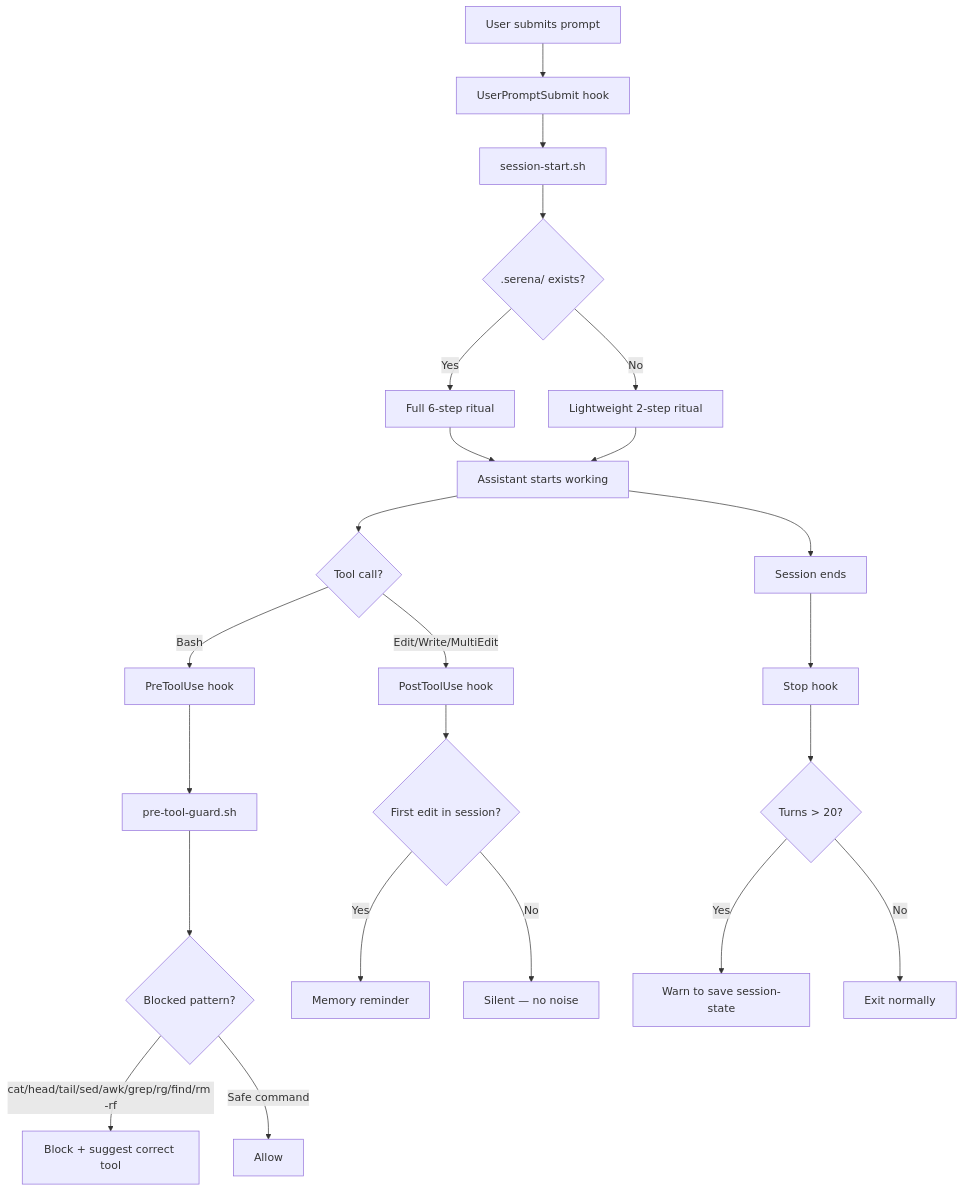
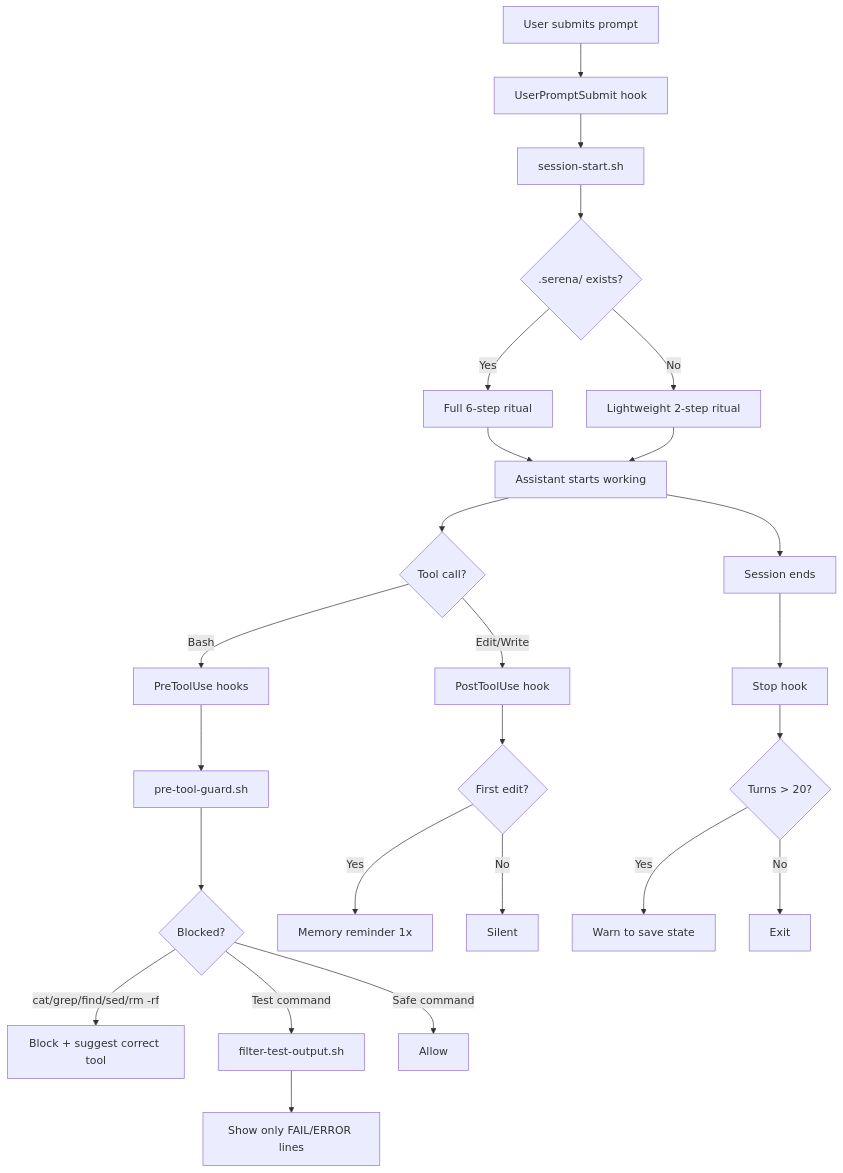
The diagram in README.md (faizalpribadi/claude-setup), drawn with Mermaid before and after one commit. The commit also changed other lines of this file and 10 other files, not shown here.

````diff
--- a/README.md
+++ b/README.md
@@ -33,31 +25,33 @@
 ```mermaid
 flowchart TD
     A[User submits prompt] --> B[UserPromptSubmit hook]
     B --> C[session-start.sh]
     C --> D{.serena/ exists?}
 
     D -->|Yes| E[Full 6-step ritual]
     D -->|No| F[Lightweight 2-step ritual]
 
     E --> G[Assistant starts working]
     F --> G
 
     G --> H{Tool call?}
 
-    H -->|Bash| I[PreToolUse hook]
+    H -->|Bash| I[PreToolUse hooks]
     I --> J[pre-tool-guard.sh]
-    J --> K{Blocked pattern?}
-    K -->|cat/head/tail/sed/awk/grep/rg/find/rm -rf| L[Block + suggest correct tool]
-    K -->|Safe command| M[Allow]
+    J --> K{Blocked?}
+    K -->|cat/grep/find/sed/rm -rf| L[Block + suggest correct tool]
+    K -->|Test command| M[filter-test-output.sh]
+    M --> N[Show only FAIL/ERROR lines]
+    K -->|Safe command| O[Allow]
 
-    H -->|Edit/Write/MultiEdit| N[PostToolUse hook]
-    N --> O{First edit in session?}
-    O -->|Yes| P[Memory reminder]
-    O -->|No| Q[Silent — no noise]
+    H -->|Edit/Write| P[PostToolUse hook]
+    P --> Q{First edit?}
+    Q -->|Yes| R[Memory reminder 1x]
+    Q -->|No| S[Silent]
 
-    G --> R[Session ends]
-    R --> S[Stop hook]
-    S --> T{Turns > 20?}
-    T -->|Yes| U[Warn to save session-state]
-    T -->|No| V[Exit normally]
+    G --> T[Session ends]
+    T --> U[Stop hook]
+    U --> V{Turns > 20?}
+    V -->|Yes| W[Warn to save state]
+    V -->|No| X[Exit]
 ```
````
